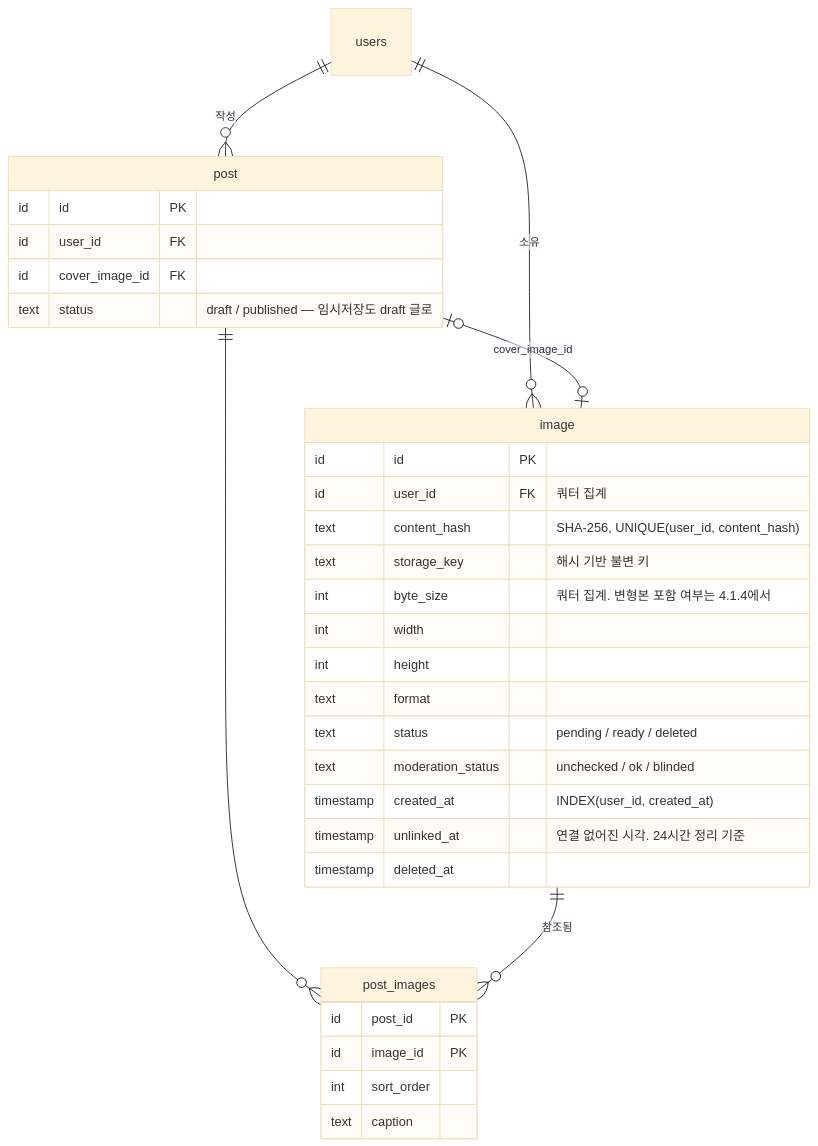
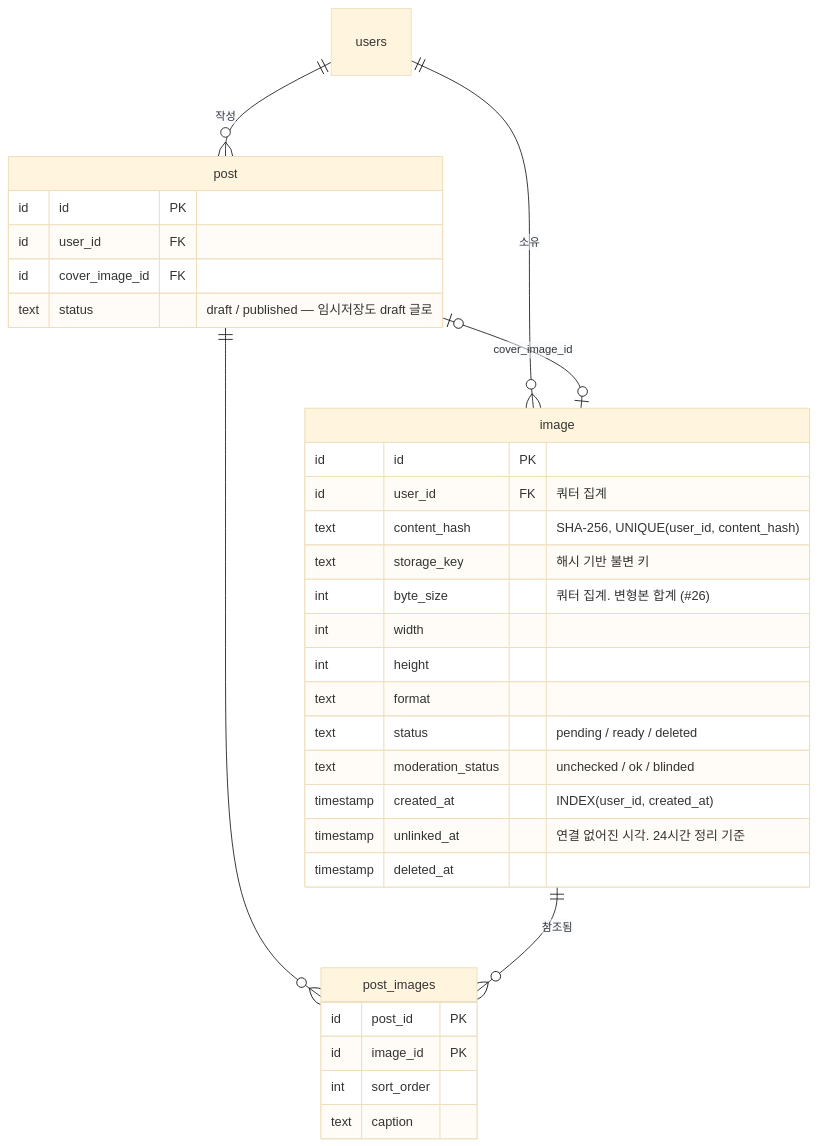
The fifth of 7 diagrams in docs/architecture/아키텍처_v1_2026-09-13.md (evanyun93/G-MOIM), drawn with Mermaid (base theme) before and after one commit. The commit also changed other lines of this file and 4 other files, not shown here.

````diff
--- a/docs/architecture/아키텍처_v1_2026-09-13.md
+++ b/docs/architecture/아키텍처_v1_2026-09-13.md
@@ -254,36 +254,36 @@
 ```mermaid
 erDiagram
     users ||--o{ image : "소유"
     users ||--o{ post : "작성"
     post ||--o{ post_images : ""
     image ||--o{ post_images : "참조됨"
     post |o--o| image : "cover_image_id"
 
     image {
         id id PK
         id user_id FK "쿼터 집계"
         text content_hash "SHA-256, UNIQUE(user_id, content_hash)"
         text storage_key "해시 기반 불변 키"
-        int byte_size "쿼터 집계. 변형본 포함 여부는 4.1.4에서"
+        int byte_size "쿼터 집계. 변형본 합계 (#26)"
         int width
         int height
         text format
         text status "pending / ready / deleted"
         text moderation_status "unchecked / ok / blinded"
         timestamp created_at "INDEX(user_id, created_at)"
         timestamp unlinked_at "연결 없어진 시각. 24시간 정리 기준"
         timestamp deleted_at
     }
     post_images {
         id post_id PK
         id image_id PK
         int sort_order
         text caption
     }
     post {
         id id PK
         id user_id FK
         id cover_image_id FK
         text status "draft / published — 임시저장도 draft 글로"
     }
 ```
````
